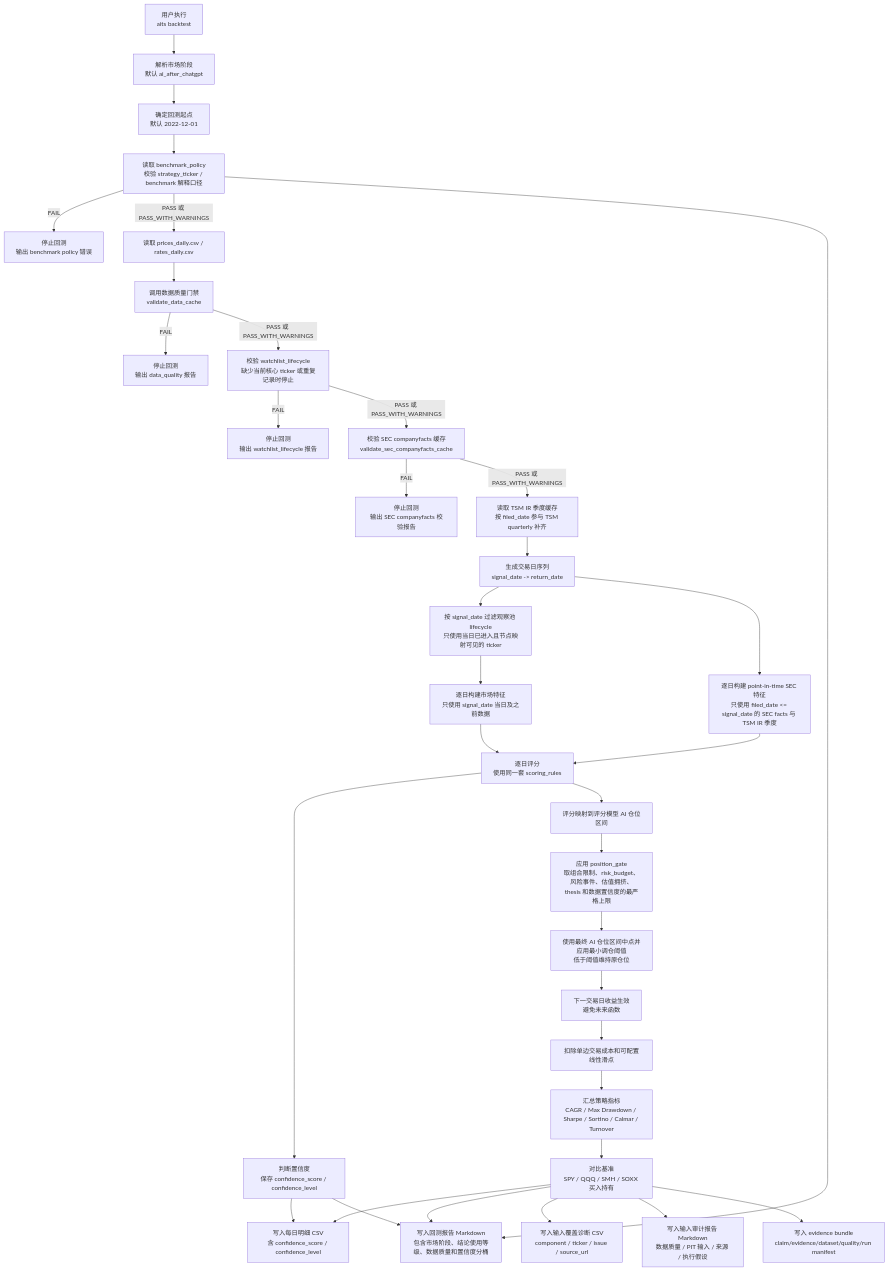
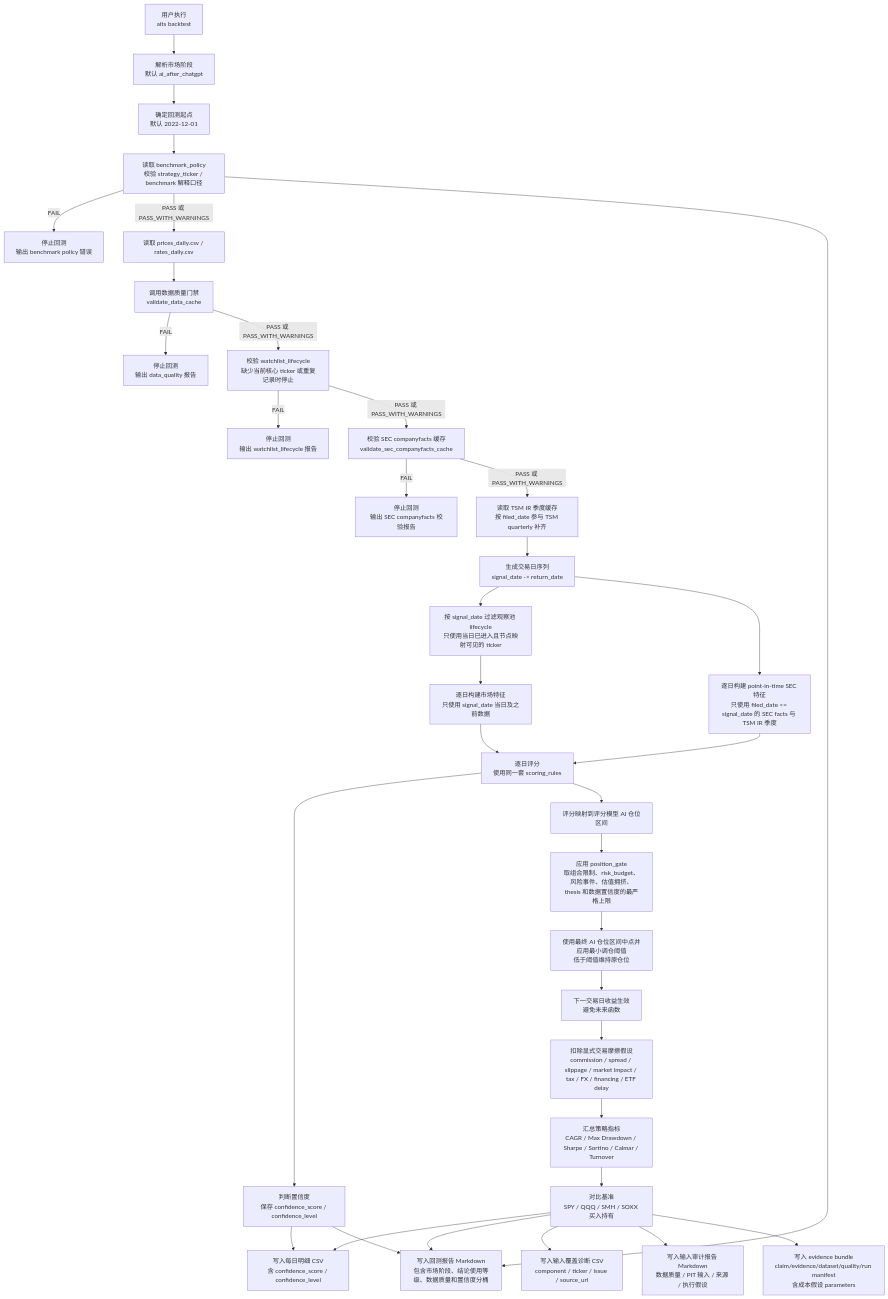
The third of 6 diagrams in docs/system_flow.md (AI-Trading-Collaboration/AITradingSystem), drawn with Mermaid before and after one commit. The commit also changed other lines of this file and 8 other files, not shown here.

````diff
--- a/docs/system_flow.md
+++ b/docs/system_flow.md
@@ -605,37 +605,37 @@
 ```mermaid
 flowchart TD
     A["用户执行<br/>aits backtest"] --> B["解析市场阶段<br/>默认 ai_after_chatgpt"]
     B --> C["确定回测起点<br/>默认 2022-12-01"]
     C --> BP0["读取 benchmark_policy<br/>校验 strategy_ticker / benchmark 解释口径"]
     BP0 -->|FAIL| BPF["停止回测<br/>输出 benchmark policy 错误"]
     BP0 -->|PASS 或 PASS_WITH_WARNINGS| D["读取 prices_daily.csv / rates_daily.csv"]
     D --> E["调用数据质量门禁<br/>validate_data_cache"]
     E -->|FAIL| F["停止回测<br/>输出 data_quality 报告"]
     E -->|PASS 或 PASS_WITH_WARNINGS| W0["校验 watchlist_lifecycle<br/>缺少当前核心 ticker 或重复记录时停止"]
     W0 -->|FAIL| WF["停止回测<br/>输出 watchlist_lifecycle 报告"]
     W0 -->|PASS 或 PASS_WITH_WARNINGS| S1["校验 SEC companyfacts 缓存<br/>validate_sec_companyfacts_cache"]
     S1 -->|FAIL| S2["停止回测<br/>输出 SEC companyfacts 校验报告"]
     S1 -->|PASS 或 PASS_WITH_WARNINGS| TSM["读取 TSM IR 季度缓存<br/>按 filed_date 参与 TSM quarterly 补齐"]
     TSM --> G["生成交易日序列<br/>signal_date -> return_date"]
     G --> WL0["按 signal_date 过滤观察池 lifecycle<br/>只使用当日已进入且节点映射可见的 ticker"]
     WL0 --> H["逐日构建市场特征<br/>只使用 signal_date 当日及之前数据"]
     G --> H2["逐日构建 point-in-time SEC 特征<br/>只使用 filed_date <= signal_date 的 SEC facts 与 TSM IR 季度"]
     H --> I["逐日评分<br/>使用同一套 scoring_rules"]
     H2 --> I
     I --> C0["判断置信度<br/>保存 confidence_score / confidence_level"]
     I --> J["评分映射到评分模型 AI 仓位区间"]
     J --> PG["应用 position_gate<br/>取组合限制、risk_budget、风险事件、估值拥挤、thesis 和数据置信度的最严格上限"]
     PG --> K["使用最终 AI 仓位区间中点并应用最小调仓阈值<br/>低于阈值维持原仓位"]
     K --> L["下一交易日收益生效<br/>避免未来函数"]
-    L --> M["扣除单边交易成本和可配置线性滑点"]
+    L --> M["扣除显式交易摩擦假设<br/>commission / spread / slippage / market impact / tax / FX / financing / ETF delay"]
     M --> N["汇总策略指标<br/>CAGR / Max Drawdown / Sharpe / Sortino / Calmar / Turnover"]
     N --> O["对比基准<br/>SPY / QQQ / SMH / SOXX 买入持有"]
     BP0 --> Q
     C0 --> P["写入每日明细 CSV<br/>含 confidence_score / confidence_level"]
     O --> P
     O --> Q["写入回测报告 Markdown<br/>包含市场阶段、结论使用等级、数据质量和置信度分桶"]
     C0 --> Q
     O --> R["写入输入覆盖诊断 CSV<br/>component / ticker / issue / source_url"]
     O --> S["写入输入审计报告 Markdown<br/>数据质量 / PIT 输入 / 来源 / 执行假设"]
-    O --> T["写入 evidence bundle<br/>claim/evidence/dataset/quality/run manifest"]
+    O --> T["写入 evidence bundle<br/>claim/evidence/dataset/quality/run manifest<br/>含成本假设 parameters"]
 ```
````
